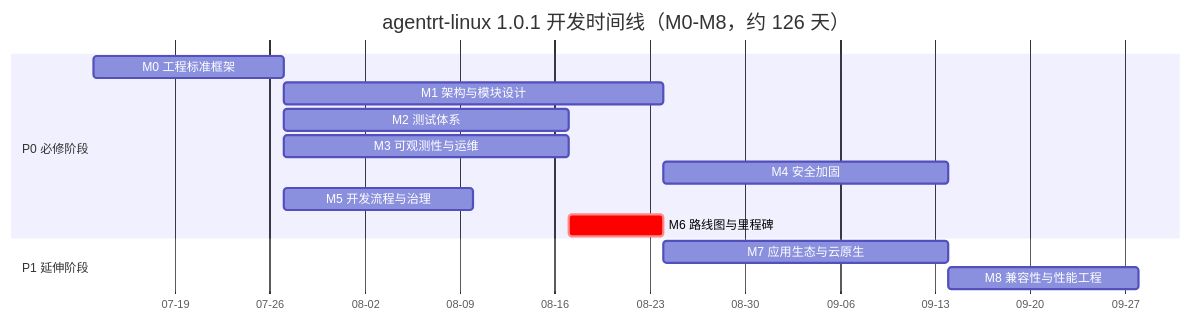
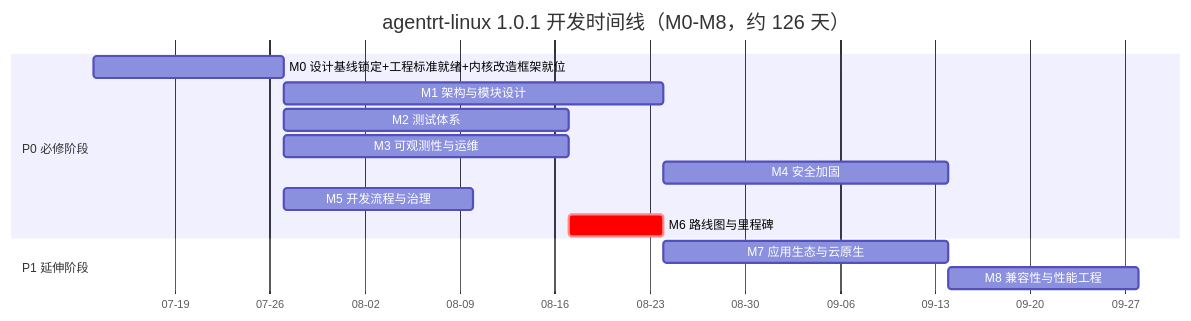
The first of 2 diagrams in AirymaxOS/130-roadmap/02-milestones-and-timeline.md (openairymax/docs), drawn with Mermaid before and after one commit. The commit also changed other lines of this file and 27 other files, not shown here.

````diff
--- a/AirymaxOS/130-roadmap/02-milestones-and-timeline.md
+++ b/AirymaxOS/130-roadmap/02-milestones-and-timeline.md
@@ -43,19 +43,19 @@
 ```mermaid
 gantt
     title agentrt-linux 1.0.1 开发时间线（M0-M8，约 126 天）
     dateFormat YYYY-MM-DD
     axisFormat %m-%d
 
     section P0 必修阶段
-    M0 工程标准框架        :m0, 2026-07-13, 14d
+    M0 设计基线锁定+工程标准就绪+内核改造框架就位        :m0, 2026-07-13, 14d
     M1 架构与模块设计       :m1, 2026-07-27, 28d
     M2 测试体系             :m2, after m0, 21d
     M3 可观测性与运维        :m3, after m0, 21d
     M4 安全加固             :m4, after m1, 21d
     M5 开发流程与治理        :m5, after m0, 14d
     M6 路线图与里程碑        :crit, m6, after m2, 7d
 
     section P1 延伸阶段
     M7 应用生态与云原生      :m7, after m6, 21d
     M8 兼容性与性能工程      :m8, after m7, 14d
 ```
````
